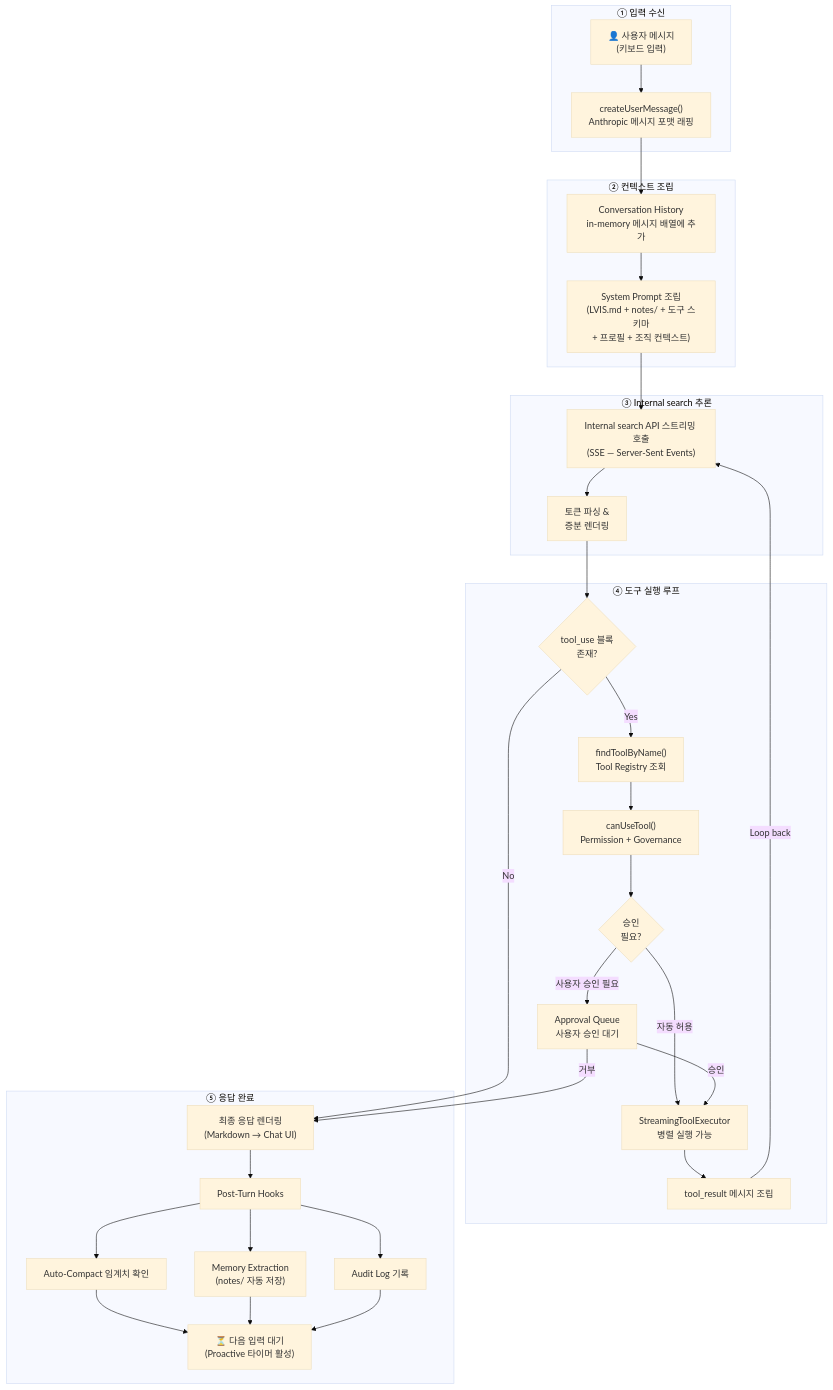
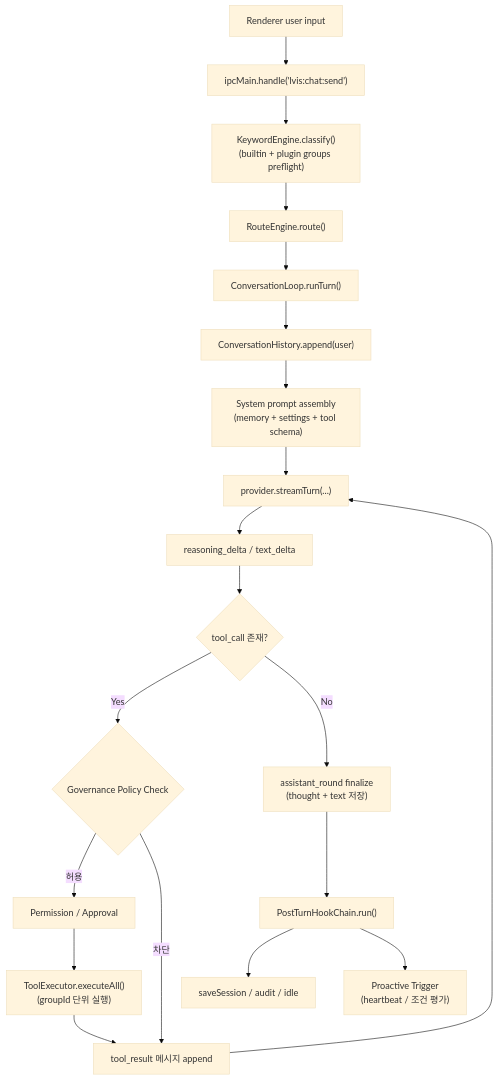
Before and after one commit to lvis-project/lvis-app: the ninth of 44 diagrams in docs/architecture/architecture.md, drawn with Mermaid (base theme). The commit also changed other lines of this file and 18 other files, not shown here.

````diff
--- a/docs/architecture/architecture.md
+++ b/docs/architecture/architecture.md
@@ -737,63 +707,27 @@
 ```mermaid
 flowchart TB
-    subgraph "① 입력 수신"
-        USER_INPUT["👤 사용자 메시지<br/>(키보드 입력)"]
-        CREATE_MSG["createUserMessage()<br/>Anthropic 메시지 포맷 래핑"]
-    end
+    USER["Renderer user input"]
+    IPC["ipcMain.handle('lvis:chat:send')"]
+    KEYWORD["KeywordEngine.classify()<br/>(builtin + plugin groups preflight)"]
+    ROUTE["RouteEngine.route()"]
+    LOOP["ConversationLoop.runTurn()"]
+    HISTORY["ConversationHistory.append(user)"]
+    PROMPT["System prompt assembly<br/>(memory + settings + tool schema)"]
+    PROVIDER["provider.streamTurn(...)"]
+    REASON["reasoning_delta / text_delta"]
+    TOOL_CHECK{"tool_call 존재?"}
+    POLICY_CHK{"Governance Policy Check"}
+    PERM["Permission / Approval"]
+    TOOL_EXEC["ToolExecutor.executeAll()<br/>(groupId 단위 실행)"]
+    TOOL_RESULT["tool_result 메시지 append"]
+    ROUND["assistant_round finalize<br/>(thought + text 저장)"]
+    POST["PostTurnHookChain.run()"]
+    SAVE["saveSession / audit / idle"]
+    PROACTIVE["Proactive Trigger<br/>(heartbeat / 조건 평가)"]
 
-    subgraph "② 컨텍스트 조립"
-        APPEND_HIST["Conversation History<br/>in-memory 메시지 배열에 추가"]
-        BUILD_SYS["System Prompt 조립<br/>(LVIS.md + notes/ + 도구 스키마<br/>+ 프로필 + 조직 컨텍스트)"]
-    end
-
-    subgraph "③ Internal search 추론"
-        STREAM_API["Internal search API 스트리밍 호출<br/>(SSE — Server-Sent Events)"]
-        PARSE_TOKEN["토큰 파싱 &<br/>증분 렌더링"]
-    end
-
-    subgraph "④ 도구 실행 루프"
-        TOOL_CHECK{"tool_use 블록<br/>존재?"}
-        FIND_TOOL["findToolByName()<br/>Tool Registry 조회"]
-        CAN_USE["canUseTool()<br/>Permission + Governance"]
-        APPROVAL{"승인<br/>필요?"}
-        APPROVAL_QUEUE["Approval Queue<br/>사용자 승인 대기"]
-        EXECUTOR["StreamingToolExecutor<br/>병렬 실행 가능"]
-        COLLECT["tool_result 메시지 조립"]
-    end
-
-    subgraph "⑤ 응답 완료"
-        RENDER_FINAL["최종 응답 렌더링<br/>(Markdown → Chat UI)"]
-        POST_HOOKS["Post-Turn Hooks"]
-        COMPACT_CHK["Auto-Compact 임계치 확인"]
-        MEM_EXTRACT["Memory Extraction<br/>(notes/ 자동 저장)"]
-        AUDIT["Audit Log 기록"]
-        IDLE["⏳ 다음 입력 대기<br/>(Proactive 타이머 활성)"]
-    end
-
-    USER_INPUT --> CREATE_MSG
-    CREATE_MSG --> APPEND_HIST
-    APPEND_HIST --> BUILD_SYS
-    BUILD_SYS --> STREAM_API
-    STREAM_API --> PARSE_TOKEN
-    PARSE_TOKEN --> TOOL_CHECK
-
-    TOOL_CHECK -->|"Yes"| FIND_TOOL
-    TOOL_CHECK -->|"No"| RENDER_FINAL
-
-    FIND_TOOL --> CAN_USE
-    CAN_USE --> APPROVAL
-    APPROVAL -->|"자동 허용"| EXECUTOR
-    APPROVAL -->|"사용자 승인 필요"| APPROVAL_QUEUE
-    APPROVAL_QUEUE -->|"승인"| EXECUTOR
-    APPROVAL_QUEUE -->|"거부"| RENDER_FINAL
-    EXECUTOR --> COLLECT
-    COLLECT -->|"Loop back"| STREAM_API
-
-    RENDER_FINAL --> POST_HOOKS
-    POST_HOOKS --> COMPACT_CHK
-    POST_HOOKS --> MEM_EXTRACT
-    POST_HOOKS --> AUDIT
-    COMPACT_CHK --> IDLE
-    MEM_EXTRACT --> IDLE
-    AUDIT --> IDLE
+    USER --> IPC --> KEYWORD --> ROUTE --> LOOP --> HISTORY --> PROMPT --> PROVIDER --> REASON --> TOOL_CHECK
+    TOOL_CHECK -->|"Yes"| POLICY_CHK -->|"허용"| PERM --> TOOL_EXEC --> TOOL_RESULT --> PROVIDER
+    TOOL_CHECK -->|"No"| ROUND --> POST --> SAVE
+    POST --> PROACTIVE
+    POLICY_CHK -->|"차단"| TOOL_RESULT
 ```
````
